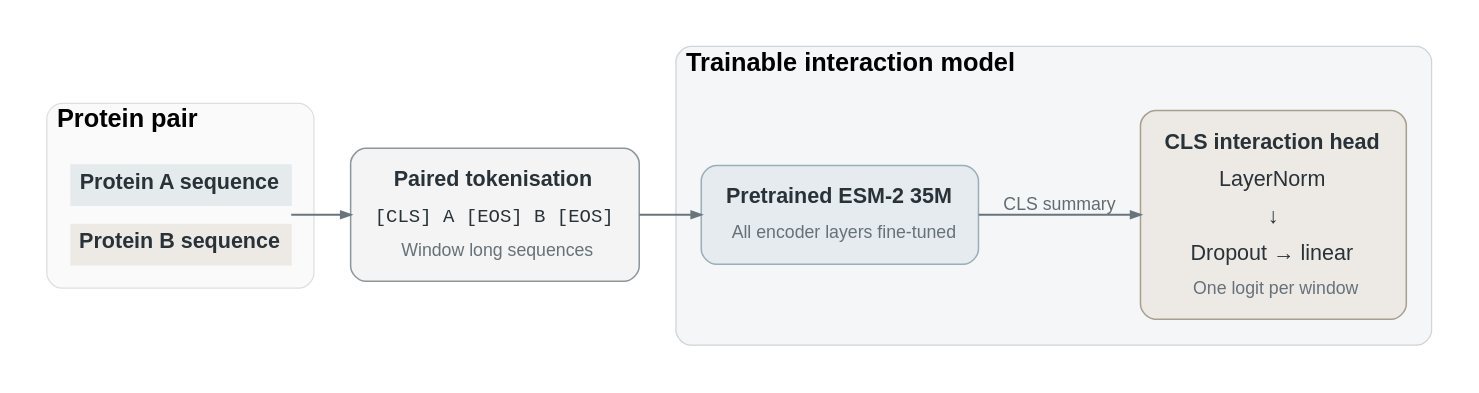
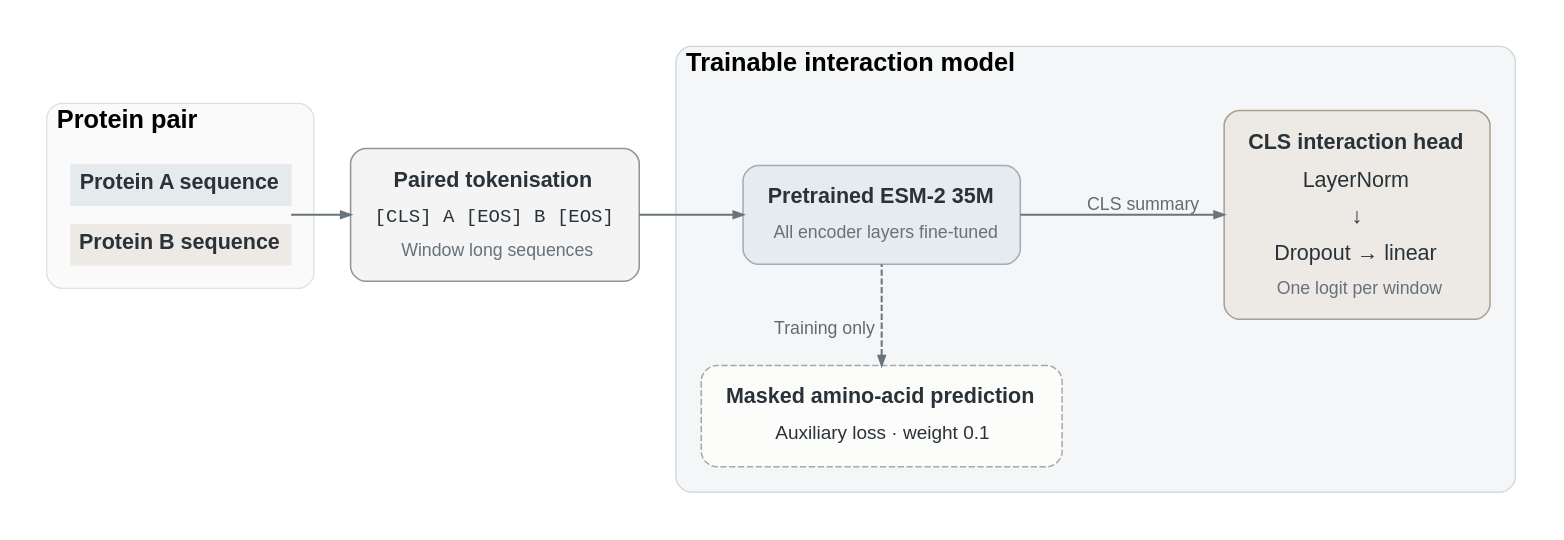
The diagram in docs/architecture.dot (appliedCL/interseek), drawn with Graphviz before and after one commit.

Commit message:
show the auxiliary training objective

```diff
--- a/docs/architecture.dot
+++ b/docs/architecture.dot
@@ -1,54 +1,62 @@
 // Render with Graphviz: dot -Tsvg docs/architecture.dot -o docs/assets/architecture.svg
 // The figure describes the released 35M model with the default CLS head.
 digraph InterSeek {
   graph [rankdir=LR, bgcolor="white", pad="0.3", nodesep="0.55", ranksep="0.55", splines=polyline, newrank=true, compound=true, fontname="Arial", fontsize=18];
   node [shape=box, style="rounded,filled", color="#8e969c", fillcolor="#ffffff", fontcolor="#283238", penwidth=1.2, fontname="Arial", fontsize=17, margin="0.20,0.17"];
   edge [color="#68757d", penwidth=1.6, arrowsize=0.75, fontname="Arial", fontsize=14, fontcolor="#616b72"];
 
   subgraph cluster_input {
     label=<<B>Protein pair</B>>;
     labeljust=l; labelloc=t; fontsize=20;
     style="rounded,filled"; color="#dedfdf"; fillcolor="#fafafa"; margin=18;
     pair [shape=plain, style="", label=<
       <TABLE BORDER="0" CELLBORDER="0" CELLSPACING="0" CELLPADDING="7">
         <TR><TD BGCOLOR="#e5eaed"><B>Protein A sequence</B></TD></TR>
         <TR><TD HEIGHT="14"></TD></TR>
         <TR><TD BGCOLOR="#edeae5"><B>Protein B sequence</B></TD></TR>
       </TABLE>
     >];
   }
 
   paired [label=<
     <TABLE BORDER="0" CELLBORDER="0" CELLSPACING="0" CELLPADDING="5">
       <TR><TD><B>Paired tokenisation</B></TD></TR>
       <TR><TD><FONT FACE="Courier New" POINT-SIZE="15">[CLS] A [EOS] B [EOS]</FONT></TD></TR>
       <TR><TD><FONT COLOR="#667179" POINT-SIZE="14">Window long sequences</FONT></TD></TR>
     </TABLE>
   >, fillcolor="#f3f4f3"];
 
   subgraph cluster_model {
     label=<<B>Trainable interaction model</B>>;
     labeljust=l; labelloc=t; fontsize=20;
     style="rounded,filled"; color="#cdd5d9"; fillcolor="#f4f6f7"; margin=20;
     encoder [fillcolor="#e5ebee", color="#9baeb9", label=<
       <TABLE BORDER="0" CELLBORDER="0" CELLSPACING="0" CELLPADDING="5">
         <TR><TD><B>Pretrained ESM-2 35M</B></TD></TR>
         <TR><TD><FONT POINT-SIZE="14" COLOR="#667179">All encoder layers fine-tuned</FONT></TD></TR>
       </TABLE>
     >];
     head [label=<
       <TABLE BORDER="0" CELLBORDER="0" CELLSPACING="0" CELLPADDING="5">
         <TR><TD><B>CLS interaction head</B></TD></TR>
         <TR><TD>LayerNorm</TD></TR>
         <TR><TD>↓</TD></TR>
         <TR><TD>Dropout → linear</TD></TR>
         <TR><TD><FONT POINT-SIZE="14" COLOR="#667179">One logit per window</FONT></TD></TR>
       </TABLE>
     >, fillcolor="#edeae5", color="#a99f91"];
     encoder -> head [label="CLS summary", weight=100];
+    auxiliary [label=<
+      <TABLE BORDER="0" CELLBORDER="0" CELLSPACING="0" CELLPADDING="5">
+        <TR><TD><B>Masked amino-acid prediction</B></TD></TR>
+        <TR><TD><FONT POINT-SIZE="15">Auxiliary loss · weight 0.1</FONT></TD></TR>
+      </TABLE>
+    >, style="rounded,dashed,filled", fillcolor="#fcfcfb", color="#a6aaa9"];
+    {rank=same; encoder; auxiliary;}
+    auxiliary -> encoder [dir=back, style=dashed, xlabel=<<TABLE BORDER="0" CELLBORDER="0" CELLPADDING="5"><TR><TD>Training only</TD></TR></TABLE>>];
   }
 
   pair [group=main]; paired [group=main]; encoder [group=main]; head [group=main];
   pair -> paired [weight=100];
   paired -> encoder [weight=100];
 }
```
